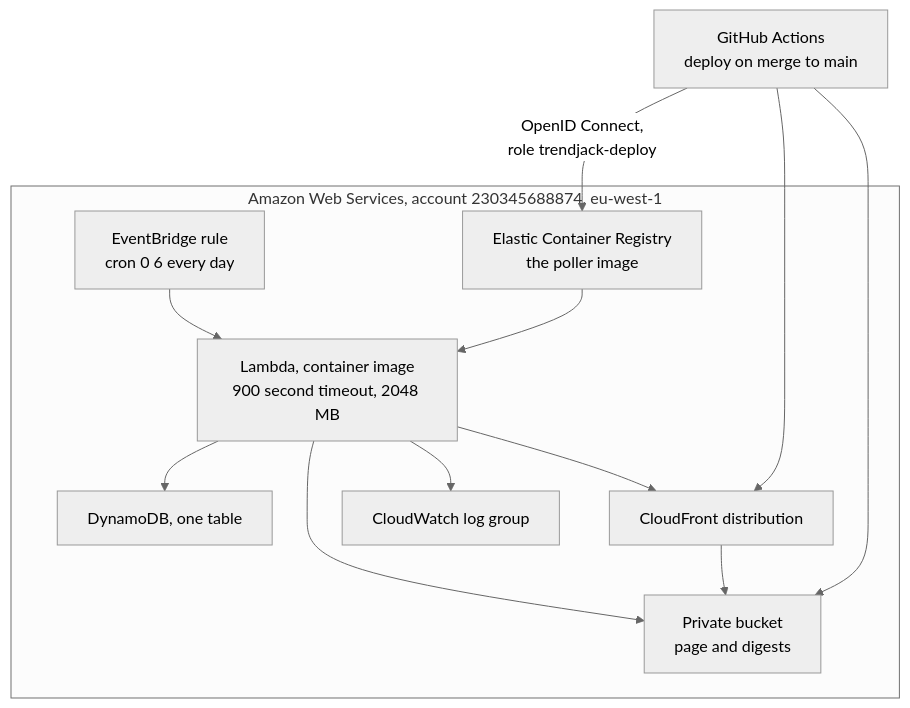
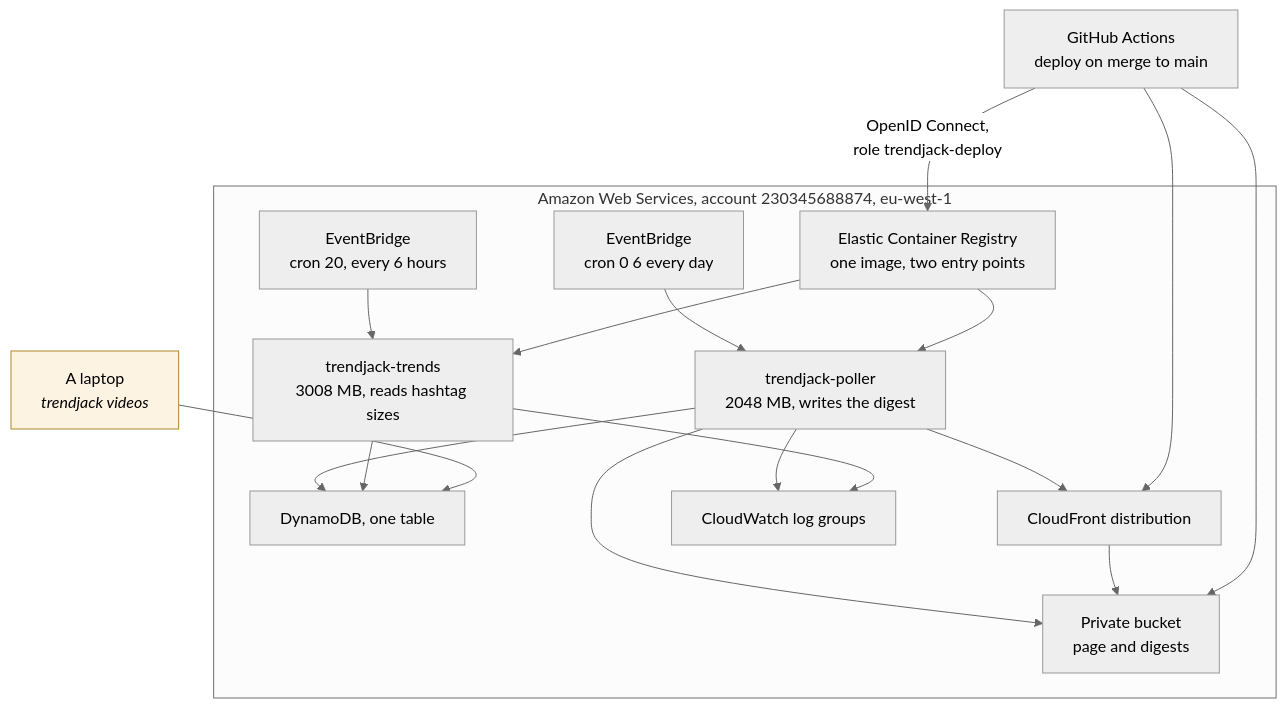
Before and after one commit to atlantic-blue/trendjack: the fifth of 5 diagrams in docs/architecture.md, drawn with Mermaid (neutral theme). The commit also changed other lines of this file, not shown here.

Commit message:
docs: put the second function and the trends package in the architecture

````diff
--- a/docs/architecture.md
+++ b/docs/architecture.md
@@ -169,24 +179,34 @@
 ```mermaid
 flowchart TD
     subgraph aws["Amazon Web Services, account 230345688874, eu-west-1"]
-        EB["EventBridge rule<br/>cron 0 6 every day"]
-        LAM["Lambda, container image<br/>900 second timeout, 2048 MB"]
-        ECR["Elastic Container Registry<br/>the poller image"]
+        EB["EventBridge<br/>cron 0 6 every day"]
+        EB2["EventBridge<br/>cron 20, every 6 hours"]
+        LAM["trendjack-poller<br/>2048 MB, writes the digest"]
+        TRD["trendjack-trends<br/>3008 MB, reads hashtag sizes"]
+        ECR["Elastic Container Registry<br/>one image, two entry points"]
         DDB["DynamoDB, one table"]
         S3["Private bucket<br/>page and digests"]
         CFD["CloudFront distribution"]
-        LOG["CloudWatch log group"]
+        LOG["CloudWatch log groups"]
     end
+    LAP["A laptop<br/><i>trendjack videos</i>"]
     GH["GitHub Actions<br/>deploy on merge to main"]
 
     EB --> LAM
+    EB2 --> TRD
     ECR --> LAM
+    ECR --> TRD
     LAM --> DDB
+    TRD --> DDB
+    LAP --> DDB
     LAM --> S3
     LAM --> CFD
     LAM --> LOG
+    TRD --> LOG
     CFD --> S3
     GH -->|"OpenID Connect,<br/>role trendjack-deploy"| ECR
     GH --> S3
     GH --> CFD
+
+    style LAP fill:#fdf3e3,stroke:#b3862a
 ```
````
